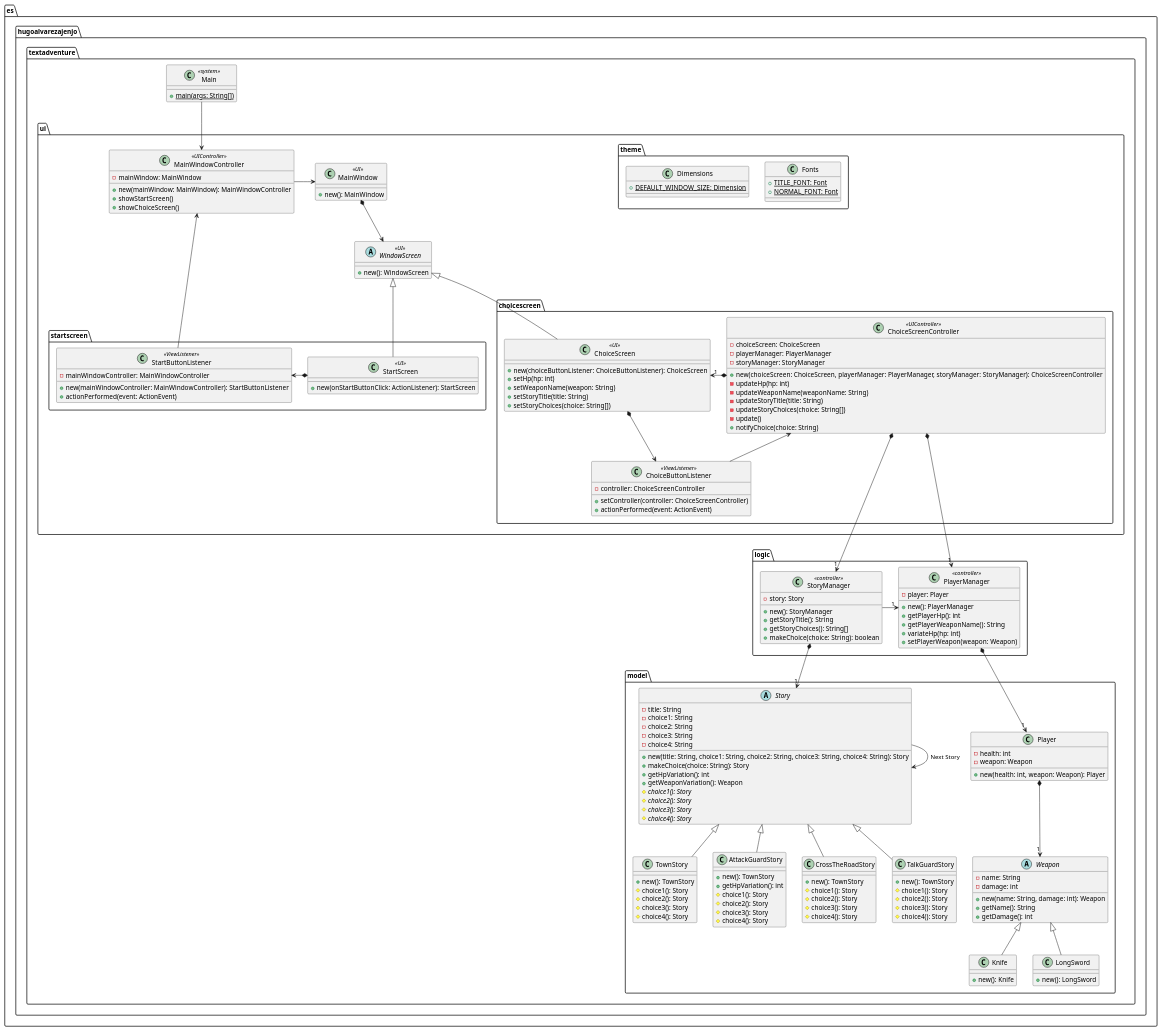
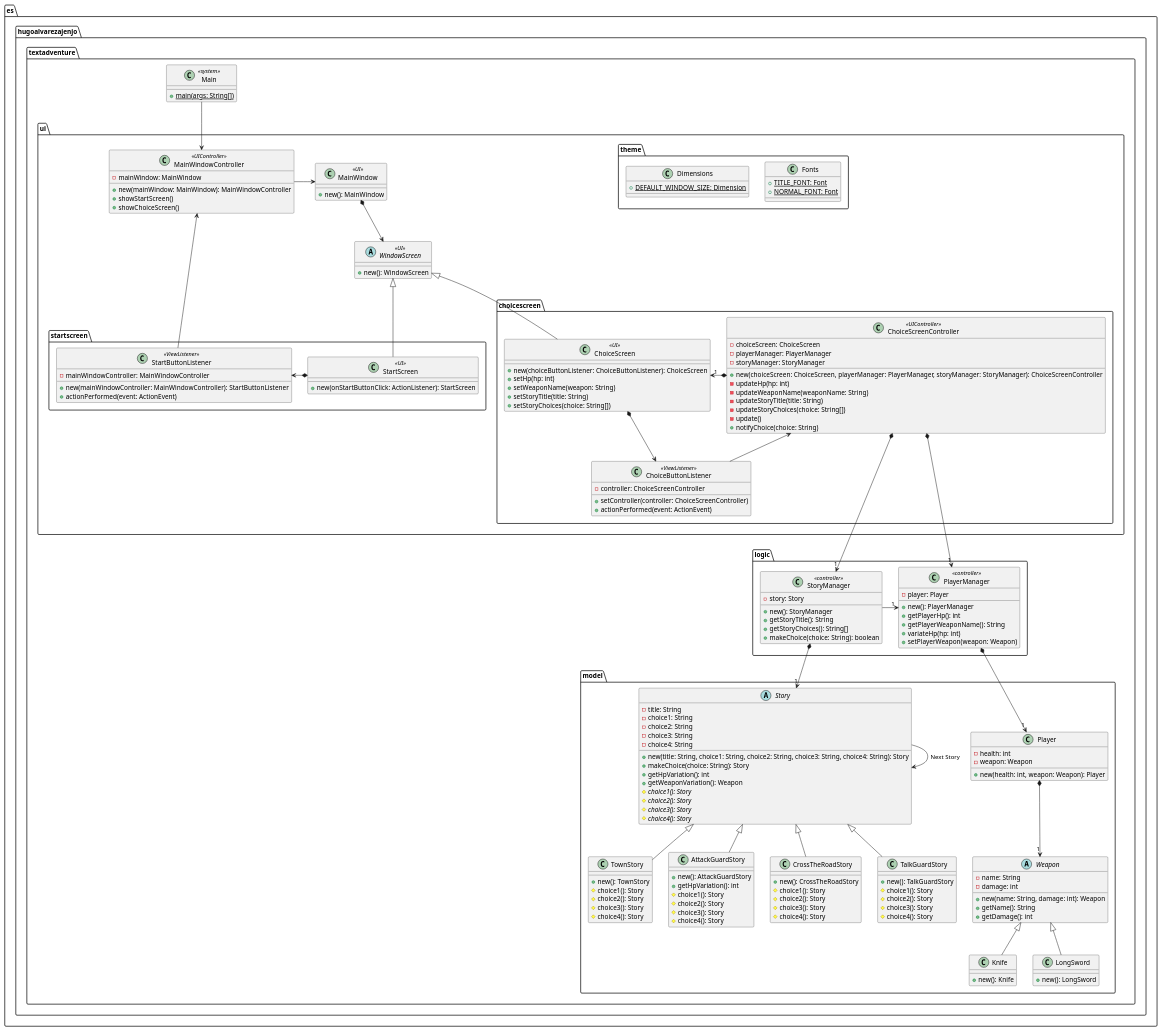
The diagram in docs/ClassDiagram.puml (HugoAlvarezAjenjo/TextAdventure), drawn with PlantUML before and after one commit.

Commit message:
docs: Update Class Diagram

```diff
--- a/docs/ClassDiagram.puml
+++ b/docs/ClassDiagram.puml
@@ -1,199 +1,199 @@
 @startuml TextAdventure Class Diagram
 package es.hugoalvarezajenjo.textadventure {
     package model {
         class Player {
             - health: int
             - weapon: Weapon
             + new(health: int, weapon: Weapon): Player
         }
 
         abstract Weapon{
             - name: String
             - damage: int
             + new(name: String, damage: int): Weapon
             + getName(): String
             + getDamage(): int
         }
 
         class Knife {
             + new(): Knife
         }
         class LongSword {
             + new(): LongSword
         }
 
         abstract Story {
             - title: String
             - choice1: String
             - choice2: String
             - choice3: String
             - choice4: String
             + new(title: String, choice1: String, choice2: String, choice3: String, choice4: String): Story
             + makeChoice(choice: String): Story
             + getHpVariation(): int
             + getWeaponVariation(): Weapon
             # {abstract} choice1(): Story
             # {abstract} choice2(): Story
             # {abstract} choice3(): Story
             # {abstract} choice4(): Story
         }
 
         class TownStory {
             + new(): TownStory
             # choice1(): Story
             # choice2(): Story
             # choice3(): Story
             # choice4(): Story
         }
 
         class AttackGuardStory{
-            + new(): TownStory
+            + new(): AttackGuardStory
             + getHpVariation(): int
             # choice1(): Story
             # choice2(): Story
             # choice3(): Story
             # choice4(): Story
         }
 
         class CrossTheRoadStory{
-            + new(): TownStory
+            + new(): CrossTheRoadStory
             # choice1(): Story
             # choice2(): Story
             # choice3(): Story
             # choice4(): Story
         }
 
         class TalkGuardStory{
-            + new(): TownStory
+            + new(): TalkGuardStory
             # choice1(): Story
             # choice2(): Story
             # choice3(): Story
             # choice4(): Story
         }
     }
 
     package logic {
         class PlayerManager <<controller>>{
             - player: Player
             + new(): PlayerManager
             + getPlayerHp(): int
             + getPlayerWeaponName(): String
             + variateHp(hp: int)
             + setPlayerWeapon(weapon: Weapon)
         }
 
         class StoryManager <<controller>> {
             - story: Story
             + new(): StoryManager
             + getStoryTitle(): String
             + getStoryChoices(): String[]
             + makeChoice(choice: String): boolean
         }
     }
 
     package ui {
         class MainWindow <<UI>> {
             + new(): MainWindow
         }
         class MainWindowController <<UIController>> {
             - mainWindow: MainWindow
             + new(mainWindow: MainWindow): MainWindowController
             + showStartScreen()
             + showChoiceScreen()
         }
         abstract WindowScreen <<UI>> {
             + new(): WindowScreen
         }
 
         package theme {
             class Fonts {
                 + {static} TITLE_FONT: Font
                 + {static} NORMAL_FONT: Font
             }
             class Dimensions {
                 + {static} DEFAULT_WINDOW_SIZE: Dimension
             }
         }
 
         package startscreen {
             class StartScreen <<UI>> {
                 +new(onStartButtonClick: ActionListener): StartScreen
             }
             class StartButtonListener <<ViewListener>> {
                 - mainWindowController: MainWindowController
                 + new(mainWindowController: MainWindowController): StartButtonListener
                 + actionPerformed(event: ActionEvent)
             }
         }
 
         package choicescreen {
             class ChoiceScreen <<UI>> {
                 + new(choiceButtonListener: ChoiceButtonListener): ChoiceScreen
                 + setHp(hp: int)
                 + setWeaponName(weapon: String)
                 + setStoryTitle(title: String)
                 + setStoryChoices(choice: String[])
             }
             class ChoiceScreenController <<UIController>> {
                 - choiceScreen: ChoiceScreen
                 - playerManager: PlayerManager
                 - storyManager: StoryManager
                 + new(choiceScreen: ChoiceScreen, playerManager: PlayerManager, storyManager: StoryManager): ChoiceScreenController
                 - updateHp(hp: int)
                 - updateWeaponName(weaponName: String)
                 - updateStoryTitle(title: String)
                 - updateStoryChoices(choice: String[])
                 - update()
                 + notifyChoice(choice: String)
             }
             class ChoiceButtonListener <<ViewListener>> {
                 - controller: ChoiceScreenController
                 + setController(controller: ChoiceScreenController)
                 + actionPerformed(event: ActionEvent)
             }
         }
 
     }
 
     class Main <<system>>{
         + {static} main(args: String[])
     }
 }
 
 WindowScreen <|-- StartScreen
 WindowScreen <|-- ChoiceScreen
 
 Story <|-- TownStory
 Story <|-- CrossTheRoadStory
 Story <|-- TalkGuardStory
 Story <|-- AttackGuardStory
 
 Weapon <|-- Knife
 Weapon <|-- LongSword
 
 Main --> MainWindowController
 
 MainWindowController -> MainWindow
 
 MainWindow *--> WindowScreen
 
 StartButtonListener <-* StartScreen
 MainWindowController <-- StartButtonListener
 
 ChoiceScreen "1"<-* ChoiceScreenController
 ChoiceScreen *--> ChoiceButtonListener
 ChoiceScreenController <-- ChoiceButtonListener
 ChoiceScreenController *--->"1" PlayerManager
 ChoiceScreenController *--->"1" StoryManager
 
 
 PlayerManager *-->"1" Player
 
 Player *-->"1" Weapon
 
 StoryManager *-->"1" Story
 StoryManager ->"1" PlayerManager
 
 Story --> Story: Next Story
 
 @enduml
```
